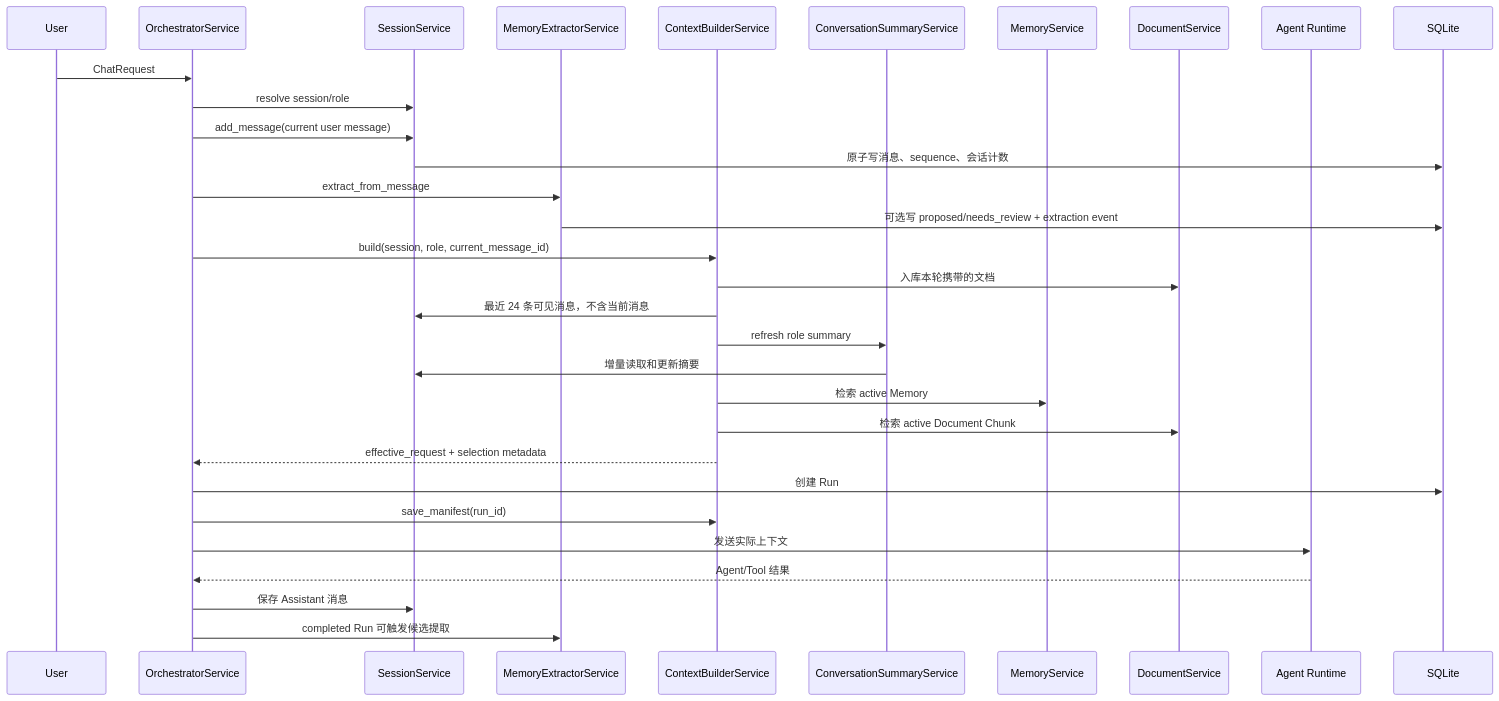
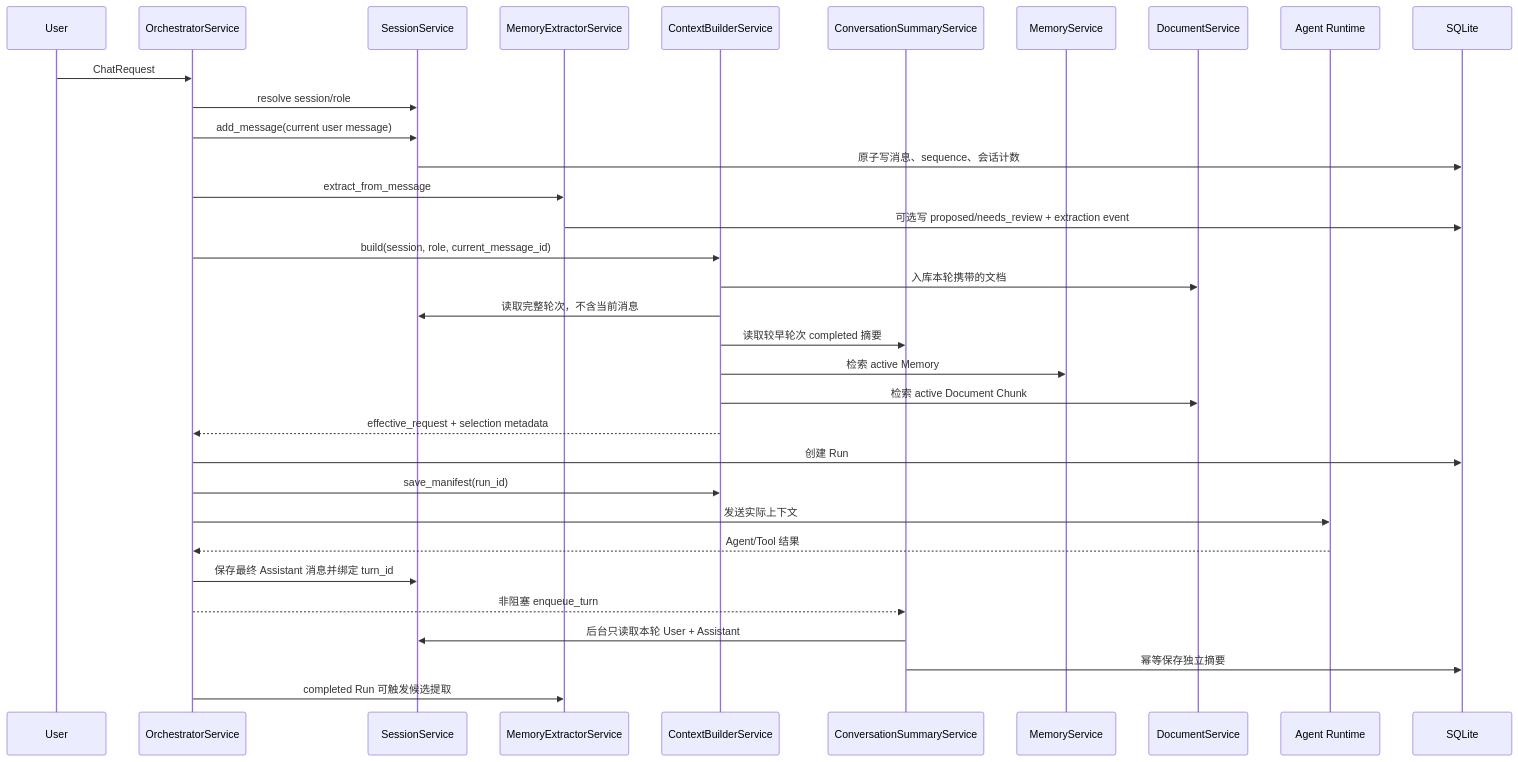
Before and after one commit to yaowensial-g/chipDesignAgent: the first of 2 diagrams in docs/context-memory-implementation.md, drawn with Mermaid. The commit also changed other lines of this file and 12 other files, not shown here.

````diff
--- a/docs/context-memory-implementation.md
+++ b/docs/context-memory-implementation.md
@@ -46,34 +46,36 @@
 ```mermaid
 sequenceDiagram
     participant U as User
     participant O as OrchestratorService
     participant S as SessionService
     participant E as MemoryExtractorService
     participant C as ContextBuilderService
     participant Q as ConversationSummaryService
     participant M as MemoryService
     participant D as DocumentService
     participant R as Agent Runtime
     participant DB as SQLite
 
     U->>O: ChatRequest
     O->>S: resolve session/role
     O->>S: add_message(current user message)
     S->>DB: 原子写消息、sequence、会话计数
     O->>E: extract_from_message
     E->>DB: 可选写 proposed/needs_review + extraction event
     O->>C: build(session, role, current_message_id)
     C->>D: 入库本轮携带的文档
-    C->>S: 最近 24 条可见消息，不含当前消息
-    C->>Q: refresh role summary
-    Q->>S: 增量读取和更新摘要
+    C->>S: 读取完整轮次，不含当前消息
+    C->>Q: 读取较早轮次 completed 摘要
     C->>M: 检索 active Memory
     C->>D: 检索 active Document Chunk
     C-->>O: effective_request + selection metadata
     O->>DB: 创建 Run
     O->>C: save_manifest(run_id)
     O->>R: 发送实际上下文
     R-->>O: Agent/Tool 结果
-    O->>S: 保存 Assistant 消息
+    O->>S: 保存最终 Assistant 消息并绑定 turn_id
+    O-->>Q: 非阻塞 enqueue_turn
+    Q->>S: 后台只读取本轮 User + Assistant
+    Q->>DB: 幂等保存独立摘要
     O->>E: completed Run 可触发候选提取
 ```
````
